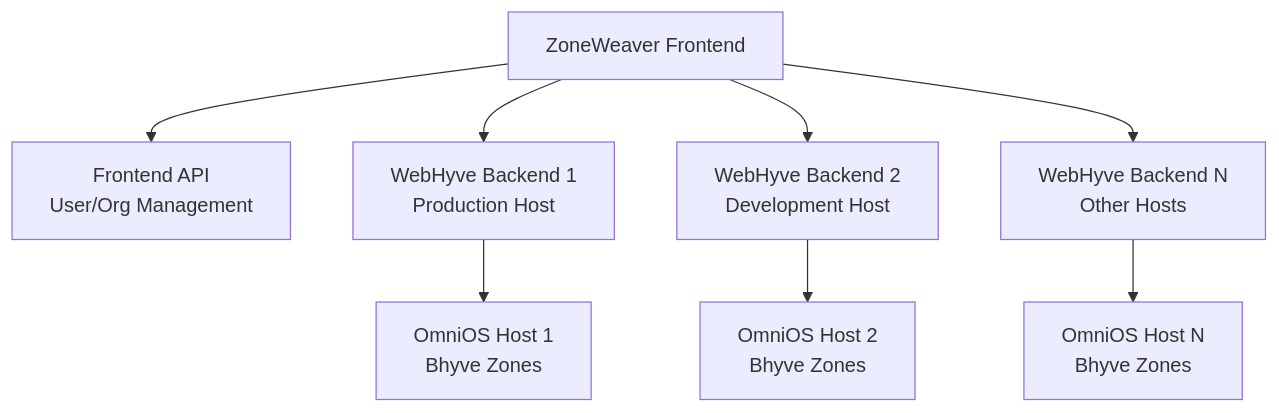
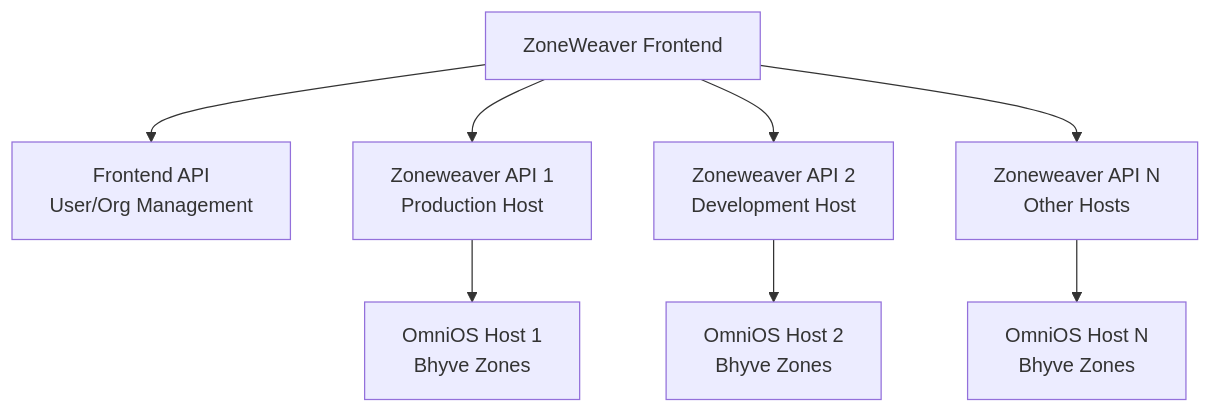
One commit to Makr91/zoneweaver changed the diagram in docs/guides/backend-integration.md. Above: the diagram before and after it, drawn with Mermaid. The commit also changed other lines of this file and 77 other files, not shown here.

````diff
--- a/docs/guides/backend-integration.md
+++ b/docs/guides/backend-integration.md
@@ -28,10 +28,10 @@
 ```mermaid
 graph TD
     A[ZoneWeaver Frontend] --> B[Frontend API<br/>User/Org Management];
-    A --> C[WebHyve Backend 1<br/>Production Host];
-    A --> D[WebHyve Backend 2<br/>Development Host];
-    A --> E[WebHyve Backend N<br/>Other Hosts];
+    A --> C[Zoneweaver API 1<br/>Production Host];
+    A --> D[Zoneweaver API 2<br/>Development Host];
+    A --> E[Zoneweaver API N<br/>Other Hosts];
     C --> F[OmniOS Host 1<br/>Bhyve Zones];
     D --> G[OmniOS Host 2<br/>Bhyve Zones];
     E --> H[OmniOS Host N<br/>Bhyve Zones];
 ```
````
